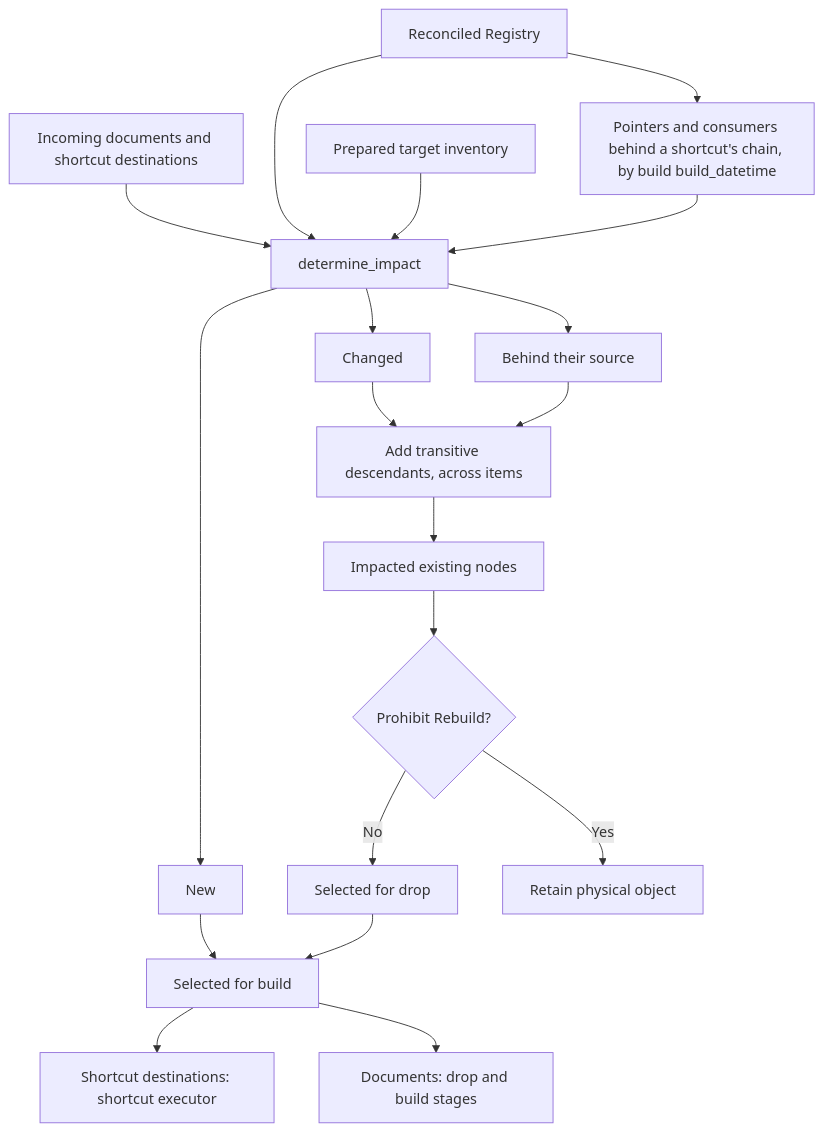
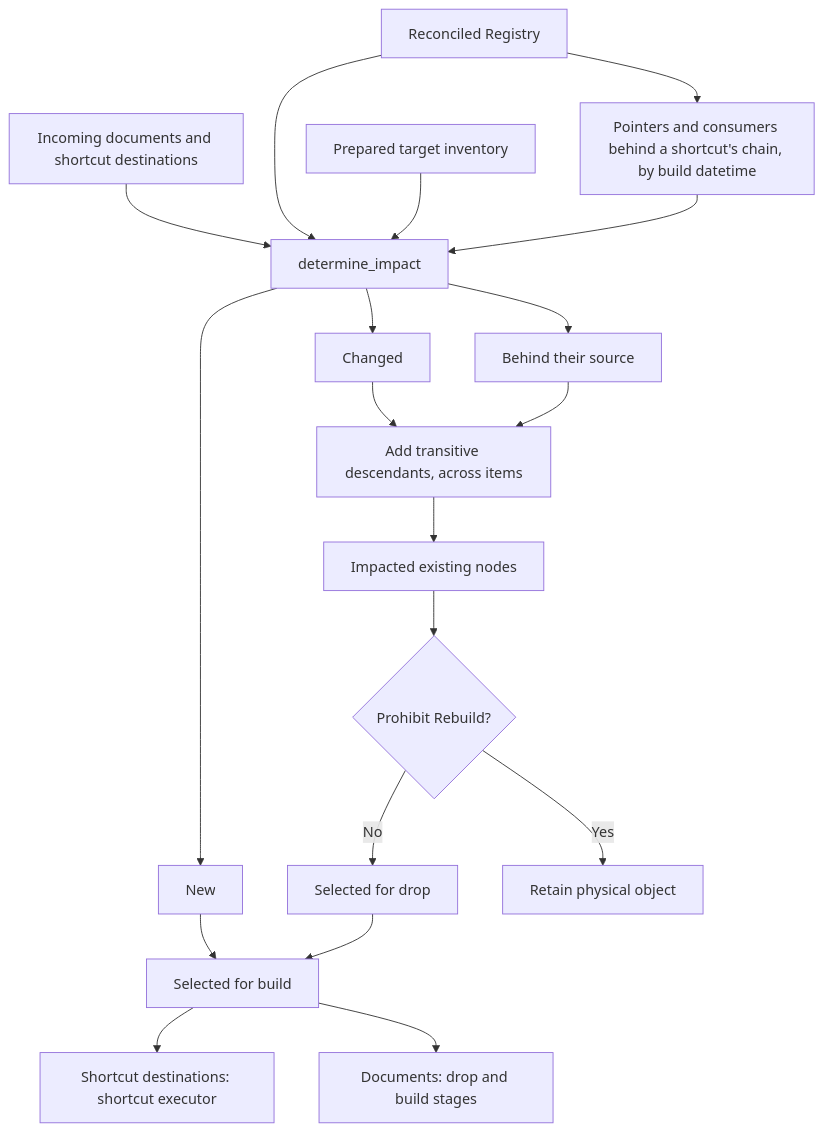
The second of 4 diagrams in design/how-does-build-work.md (matthias-wong-dev/weaverstack), drawn with Mermaid before and after one commit. The commit also changed other lines of this file and 4 other files, not shown here.

````diff
--- a/design/how-does-build-work.md
+++ b/design/how-does-build-work.md
@@ -515,30 +515,30 @@
 ```mermaid
 flowchart TD
     R["Incoming documents and shortcut destinations"]
     C["Reconciled Registry"]
     T["Prepared target inventory"]
-    E["Pointers and consumers behind a shortcut's chain, by build build_datetime"]
+    E["Pointers and consumers behind a shortcut's chain, by build datetime"]
 
     R --> I["determine_impact"]
     C --> I
     T --> I
     C --> E
     E --> I
 
     I --> N["New"]
     I --> H["Changed"]
     I --> B["Behind their source"]
     H --> D["Add transitive descendants, across items"]
     B --> D
     D --> A["Impacted existing nodes"]
 
     A --> P{"Prohibit Rebuild?"}
     P -->|No| DROP["Selected for drop"]
     P -->|Yes| KEEP["Retain physical object"]
 
     N --> BUILD["Selected for build"]
     DROP --> BUILD
 
     BUILD --> AL["Shortcut destinations: shortcut executor"]
     BUILD --> DOC["Documents: drop and build stages"]
 ```
````
